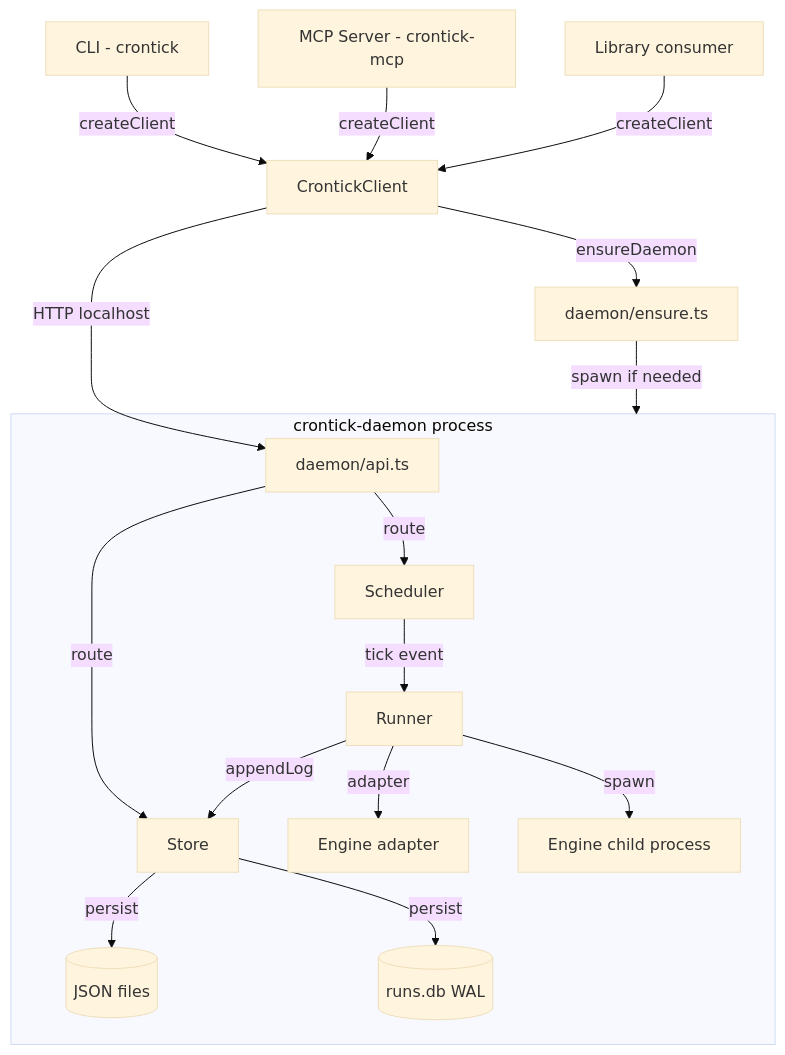
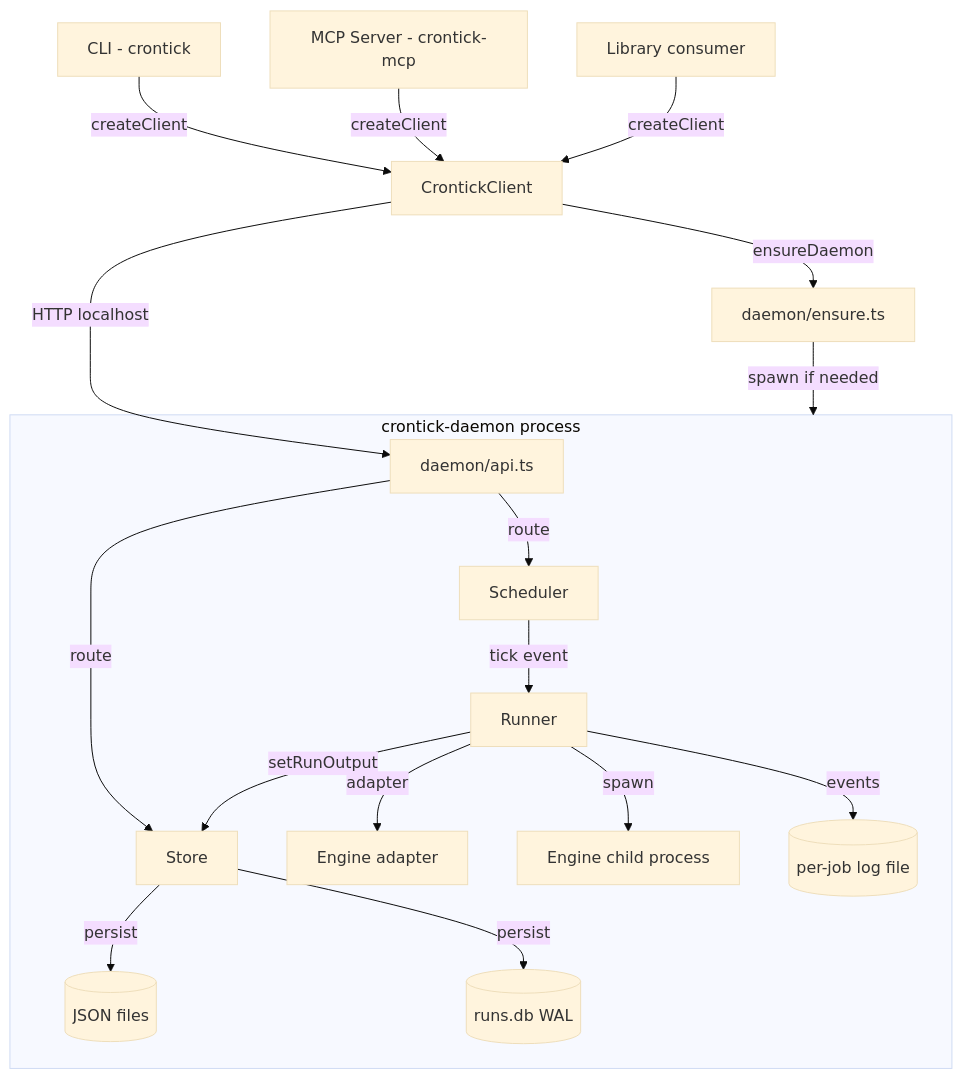
The diagram in docs/architecture.md (tejitpabari99/crontick), drawn with Mermaid (base theme) before and after one commit. The commit also changed other lines of this file and 28 other files, not shown here.

````diff
--- a/docs/architecture.md
+++ b/docs/architecture.md
@@ -42,22 +42,23 @@
 ```mermaid
 flowchart TD
     CLI[CLI - crontick] -->|createClient| Client[CrontickClient]
     MCP[MCP Server - crontick-mcp] -->|createClient| Client
     LIB[Library consumer] -->|createClient| Client
 
     Client -->|ensureDaemon| Ensure[daemon/ensure.ts]
     Ensure -->|spawn if needed| Daemon
 
     Client -->|HTTP localhost| API[daemon/api.ts]
 
     subgraph Daemon[crontick-daemon process]
         API -->|route| Store[Store]
         API -->|route| Sched[Scheduler]
         Store -->|persist| FS[(JSON files)]
         Store -->|persist| SQLite[(runs.db WAL)]
         Sched -->|tick event| Runner[Runner]
         Runner -->|adapter| Engine[Engine adapter]
         Runner -->|spawn| Child[Engine child process]
-        Runner -->|appendLog| Store
+        Runner -->|setRunOutput| Store
+        Runner -->|events| LogFile[(per-job log file)]
     end
 ```
````
